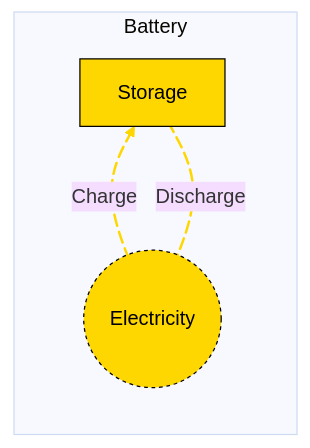
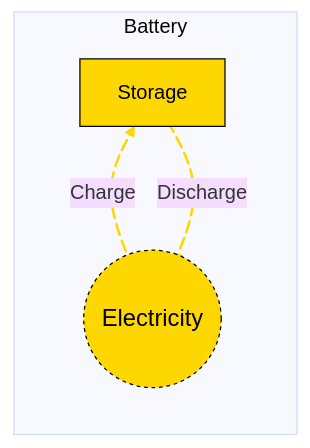
One commit to openmod-tracker/MacroEnergy.jl changed the diagram in docs/src/Manual/assets/battery.md. Above: the diagram before and after it, drawn with Mermaid. The commit also changed 12 other files, not shown here.

Commit message:
Fix Mermaid diagram rendering issues in asset library

````diff
--- a/docs/src/Manual/assets/battery.md
+++ b/docs/src/Manual/assets/battery.md
@@ -21,14 +21,14 @@
 ```mermaid
 %%{init: {'theme': 'base', 'themeVariables': { 'background': '#D1EBDE' }}}%%
 flowchart LR
   subgraph Battery
   direction BT
     A((Electricity)) e1@-->|Charge| B[Storage]
     B e2@-->|Discharge| A
     e1@{ animate: true }
     e2@{ animate: true }
  end
-    style A  r:55px,fill:#FFD700,stroke:black,color:black,stroke-dasharray: 3,5;
+    style A font-size:19px,r:55px,fill:#FFD700,stroke:black,color:black,stroke-dasharray: 3,5;
     style B fill:#FFD700,stroke:black,color:black;
     linkStyle 0,1 stroke:#FFD700, stroke-width: 2px;
 ```
````
